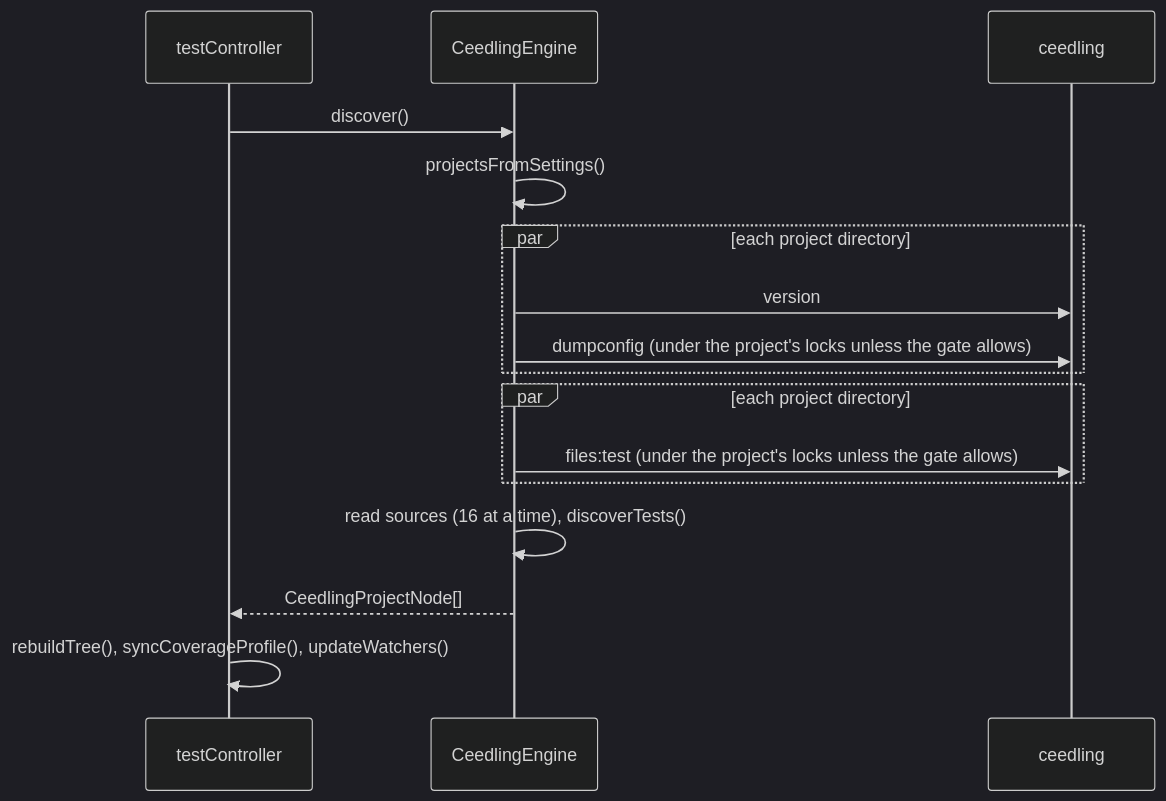
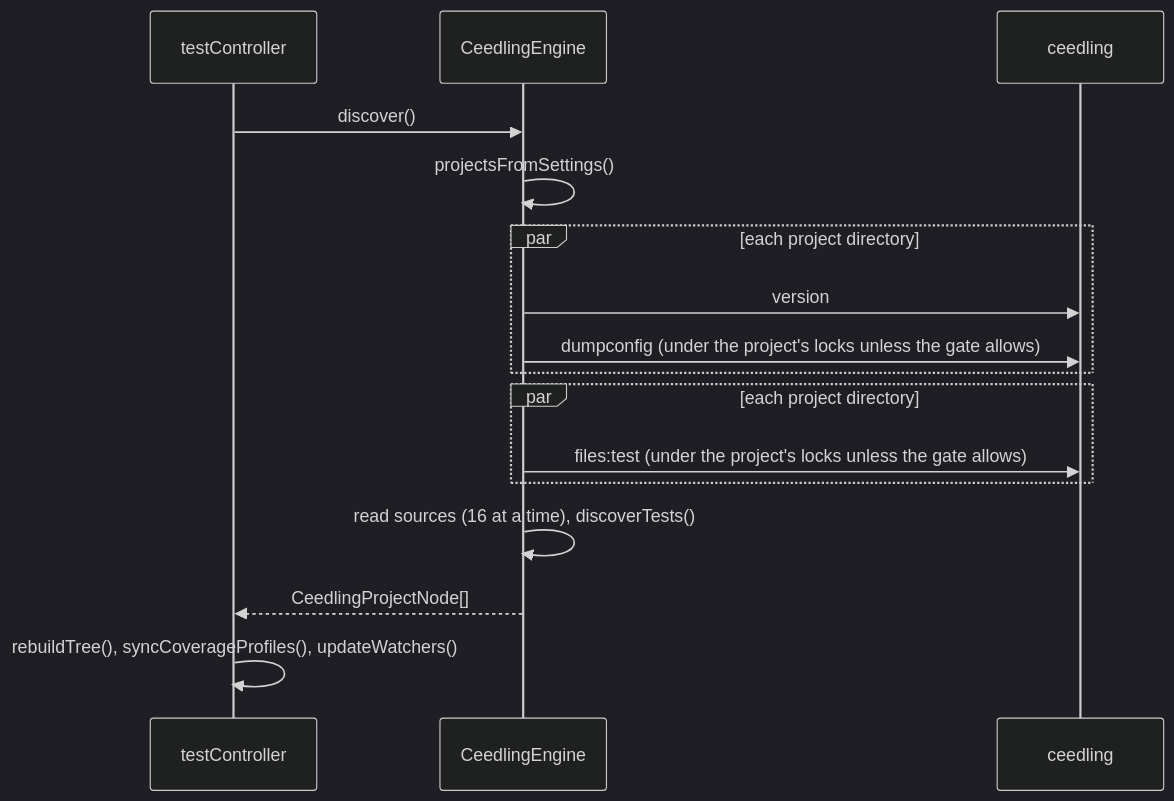
Before and after one commit to ThrowTheSwitch/vscode-ceedling: the second of 4 diagrams in docs/Architecture.md, drawn with Mermaid (dark theme). The commit also changed other lines of this file and 23 other files, not shown here.

Commit message:
📝 Coverage: the manual's Code Coverage page becomes a common base with gcov and Bullseye subpages; the how-to gains a Bullseye tab; Architecture, Changelog, Release Notes, Known Issues, and development docs cover Bullseye

````diff
--- a/docs/Architecture.md
+++ b/docs/Architecture.md
@@ -139,18 +140,18 @@
 ```mermaid
 sequenceDiagram
     participant TC as testController
     participant EN as CeedlingEngine
     participant C as ceedling
     TC->>EN: discover()
     EN->>EN: projectsFromSettings()
     par each project directory
         EN->>C: version
         EN->>C: dumpconfig (under the project's locks unless the gate allows)
     end
     par each project directory
         EN->>C: files:test (under the project's locks unless the gate allows)
     end
     EN->>EN: read sources (16 at a time), discoverTests()
     EN-->>TC: CeedlingProjectNode[]
-    TC->>TC: rebuildTree(), syncCoverageProfile(), updateWatchers()
+    TC->>TC: rebuildTree(), syncCoverageProfiles(), updateWatchers()
 ```
````
